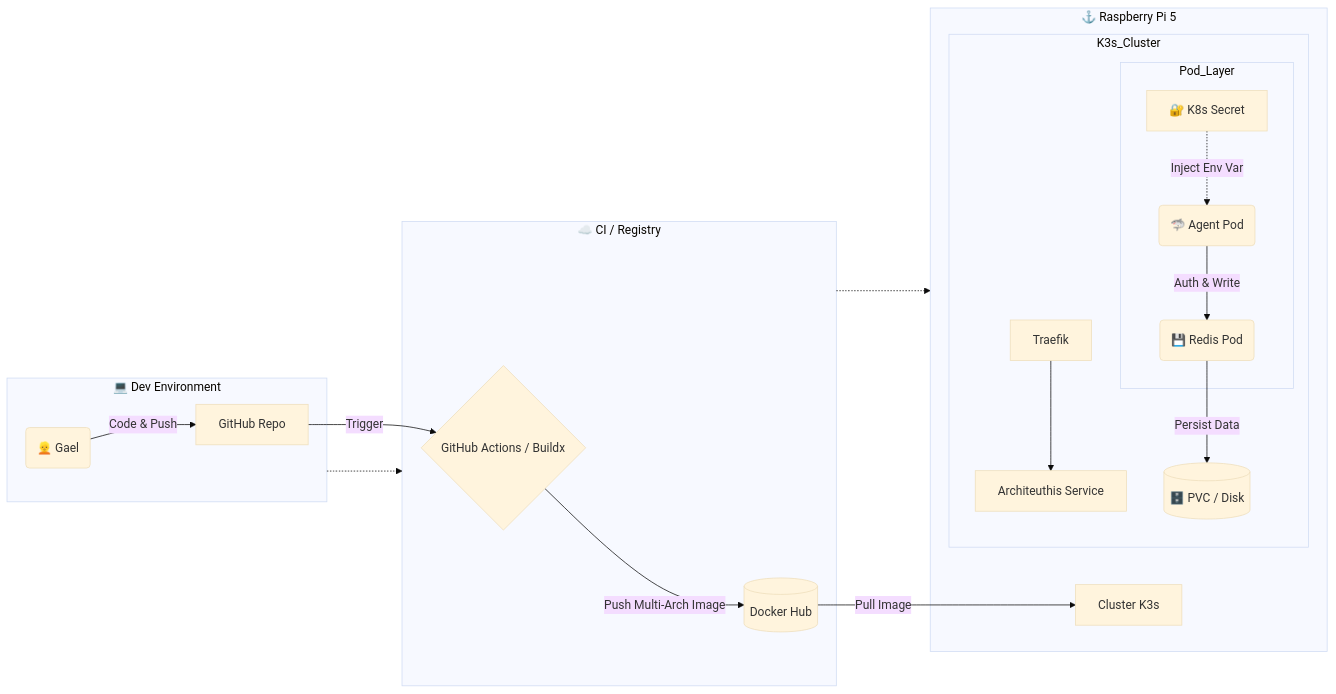
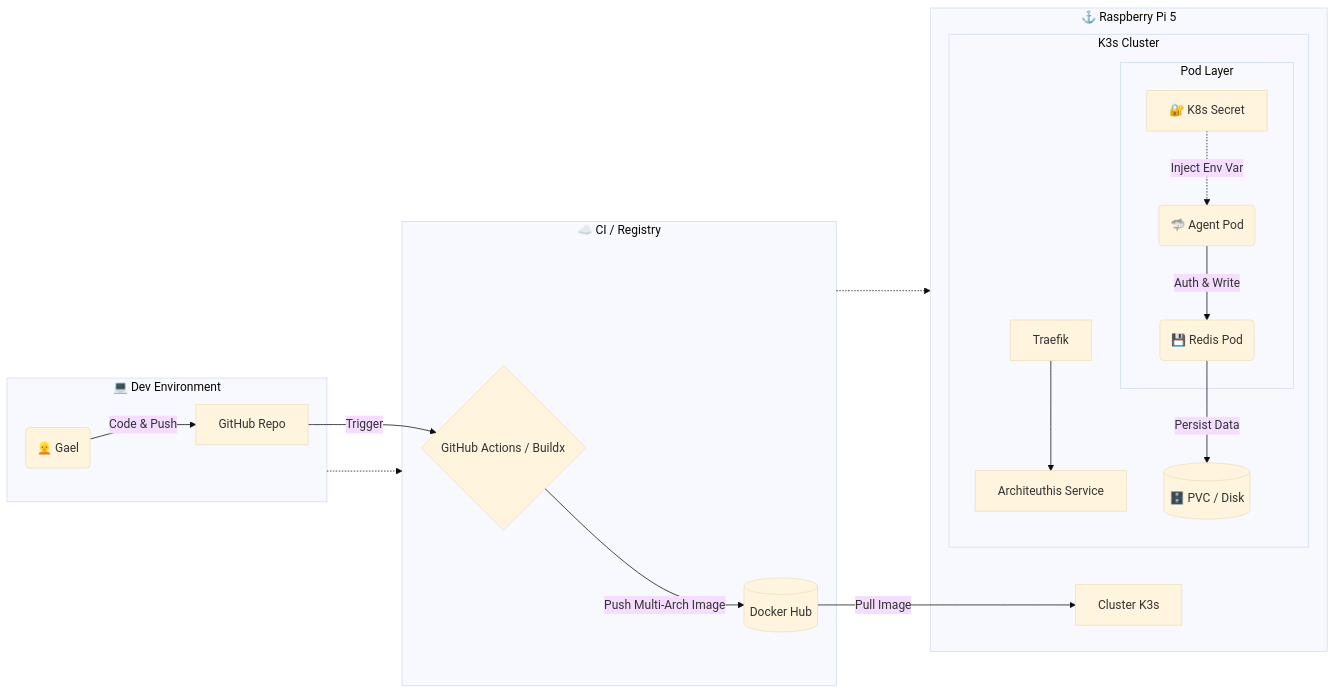
One commit to Gael-Troadec/K3s-Pi5-Lab changed the diagram in README.md. Above: the diagram before and after it, drawn with Mermaid (base theme).

````diff
--- a/README.md
+++ b/README.md
@@ -41,28 +41,30 @@
 ```mermaid
 graph LR
-    subgraph Developer_Zone [💻 Dev Environment]
-        User(👱 Gael) -->|Code & Push| GitHub[GitHub Repo]
+    subgraph Developer_Zone ["💻 Dev Environment"]
+        User("👱 Gael") -->|Code & Push| GitHub["GitHub Repo"]
     end
-    subgraph Cloud_CI [☁️ CI / Registry]
-        GitHub -->|Trigger| Actions{GitHub Actions / Buildx}
-        Actions -->|Push Multi-Arch Image| Hub[(Docker Hub)]
+    
+    subgraph Cloud_CI ["☁️ CI / Registry"]
+        GitHub -->|Trigger| Actions{"GitHub Actions / Buildx"}
+        Actions -->|Push Multi-Arch Image| Hub[("Docker Hub")]
     end
-    subgraph Edge_Prod [⚓ Raspberry Pi 5]
-        Hub -->|Pull Image| K3s[Cluster K3s]
+    
+    subgraph Edge_Prod ["⚓ Raspberry Pi 5"]
+        Hub -->|Pull Image| K3s["Cluster K3s"]
         
-        subgraph K3s_Cluster
-            Ingress[Traefik] --> AppSvc[Architeuthis Service]
+        subgraph K3s_Cluster ["K3s Cluster"]
+            Ingress["Traefik"] --> AppSvc["Architeuthis Service"]
             
-            subgraph Pod_Layer
-                Secret[🔐 K8s Secret] -.->|Inject Env Var| AppPod(🦈 Agent Pod)
-                AppPod -->|Auth & Write| RedisPod(💾 Redis Pod)
+            subgraph Pod_Layer ["Pod Layer"]
+                Secret["🔐 K8s Secret"] -.->|Inject Env Var| AppPod("🦈 Agent Pod")
+                AppPod -->|Auth & Write| RedisPod("💾 Redis Pod")
             end
             
-            RedisPod -->|Persist Data| PVC[(🗄️ PVC / Disk)]
+            RedisPod -->|Persist Data| PVC[("🗄️ PVC / Disk")]
         end
     end
     
     %% Liens entre les zones
     Developer_Zone -.-> Cloud_CI
     Cloud_CI -.-> Edge_Prod
 ```
````
